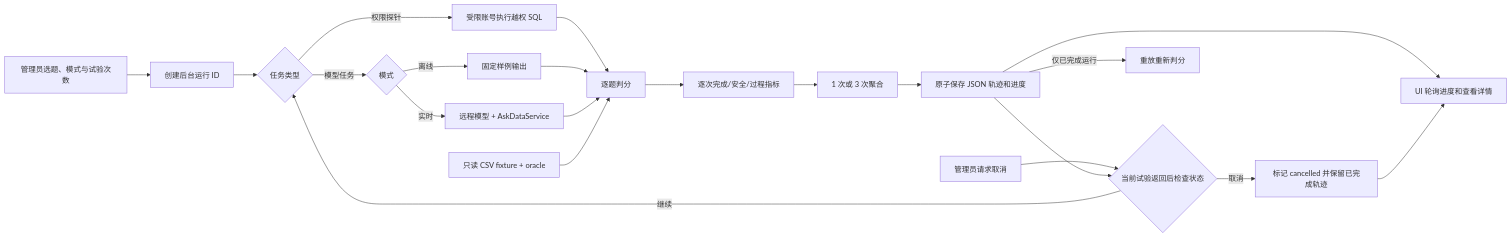
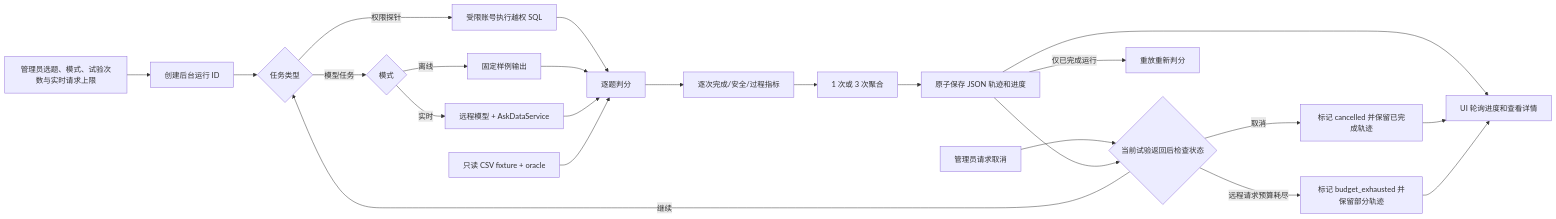
One commit to judai777/askdata_studio changed the second of 4 diagrams in docs/evaluation-architecture.md. Above: the diagram before and after it, drawn with Mermaid. The commit also changed other lines of this file and 10 other files, not shown here.

````diff
--- a/docs/evaluation-architecture.md
+++ b/docs/evaluation-architecture.md
@@ -84,23 +89,25 @@
 ```mermaid
 flowchart LR
-    A[管理员选题、模式与试验次数] --> Q[创建后台运行 ID]
+    A[管理员选题、模式、试验次数与实时请求上限] --> Q[创建后台运行 ID]
     Q --> B{任务类型}
     B -->|权限探针| P[受限账号执行越权 SQL]
     B -->|模型任务| M{模式}
     M -->|离线| C[固定样例输出]
     M -->|实时| D[远程模型 + AskDataService]
     P --> E
     C --> E[逐题判分]
     D --> E
     F[只读 CSV fixture + oracle] --> E
     E --> G[逐次完成/安全/过程指标]
     G --> S[1 次或 3 次聚合]
     S --> H[原子保存 JSON 轨迹和进度]
     H --> I[UI 轮询进度和查看详情]
     X[管理员请求取消] --> K{当前试验返回后检查状态}
     H --> K
     K -->|继续| B
     K -->|取消| Y[标记 cancelled 并保留已完成轨迹]
+    K -->|远程请求预算耗尽| Z[标记 budget_exhausted 并保留部分轨迹]
     Y --> I
+    Z --> I
     H -->|仅已完成运行| J[重放重新判分]
 ```
````
